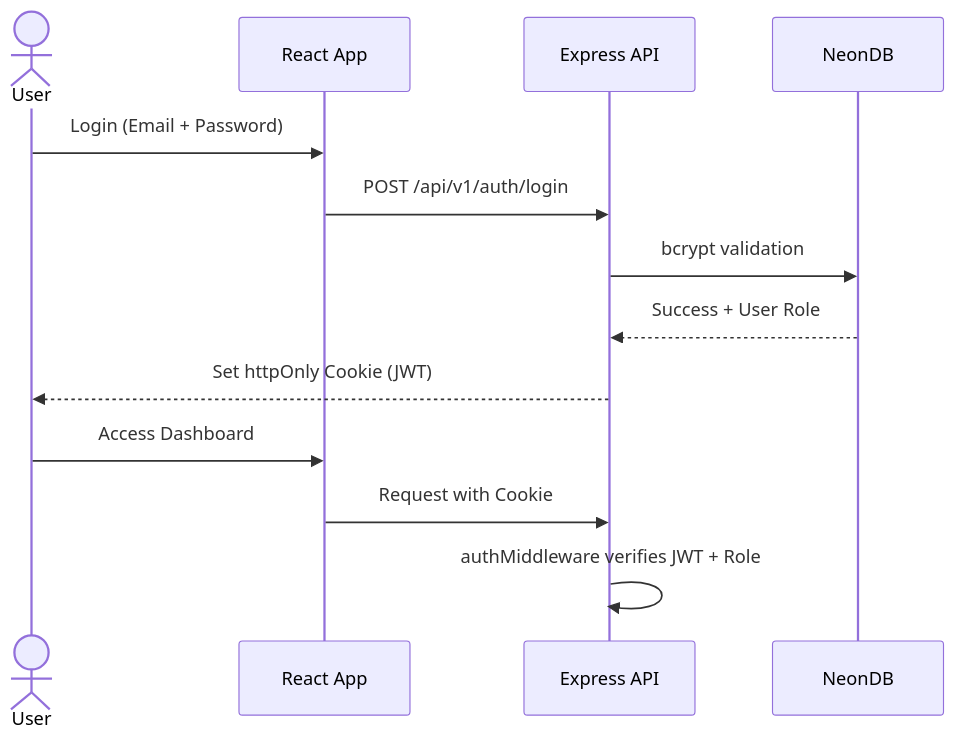
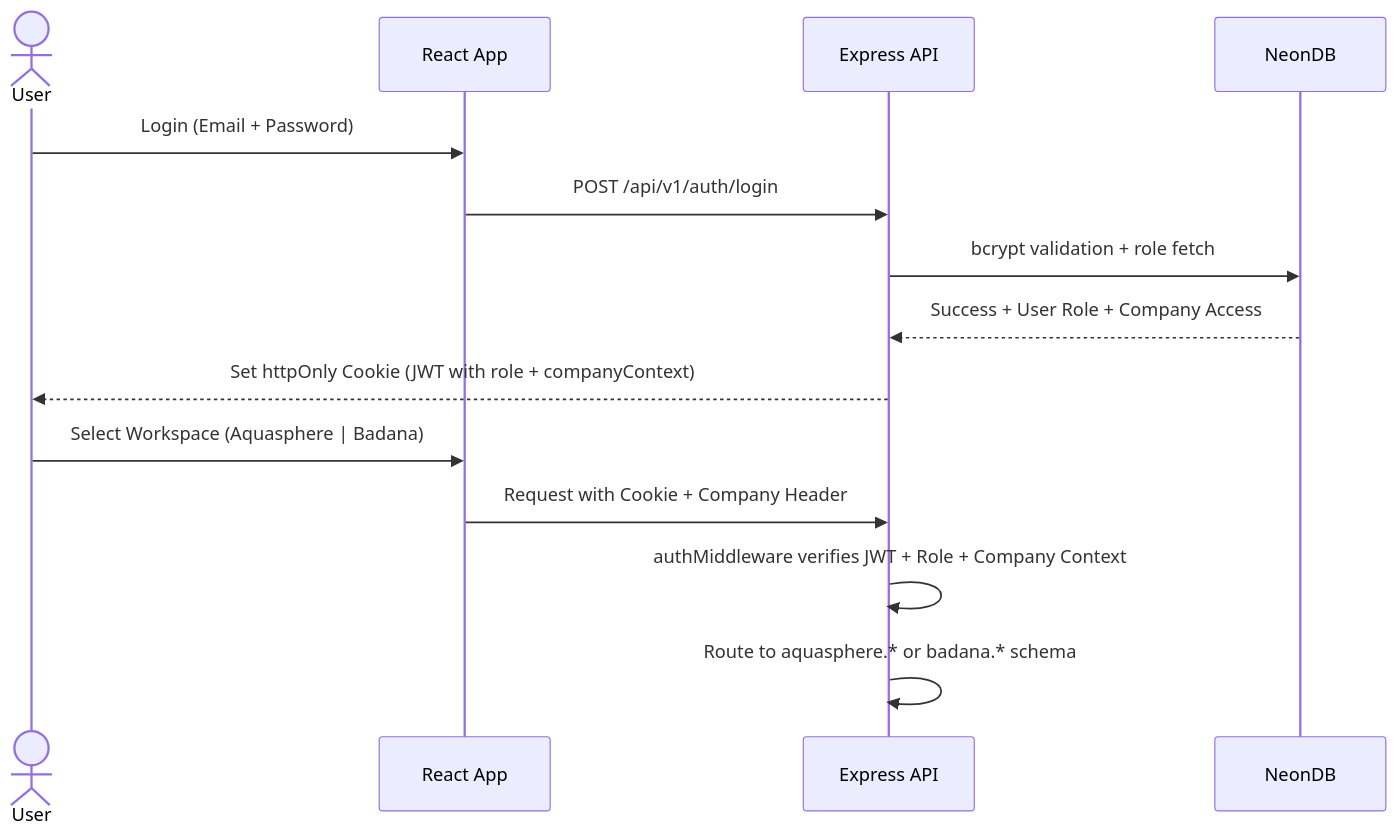
Before and after one commit to ehtisham-hashim/AquaSphere: the fifth of 6 diagrams in context/architecture.md, drawn with Mermaid. The commit also changed other lines of this file and 4 other files, not shown here.

````diff
--- a/context/architecture.md
+++ b/context/architecture.md
@@ -87,16 +245,17 @@
 ```mermaid
 sequenceDiagram
     actor User
     participant UI as React App
     participant API as Express API
     participant DB as NeonDB
-    
+
     User->>UI: Login (Email + Password)
     UI->>API: POST /api/v1/auth/login
-    API->>DB: bcrypt validation
-    DB-->>API: Success + User Role
-    API-->>User: Set httpOnly Cookie (JWT)
-    User->>UI: Access Dashboard
-    UI->>API: Request with Cookie
-    API->>API: authMiddleware verifies JWT + Role
+    API->>DB: bcrypt validation + role fetch
+    DB-->>API: Success + User Role + Company Access
+    API-->>User: Set httpOnly Cookie (JWT with role + companyContext)
+    User->>UI: Select Workspace (Aquasphere | Badana)
+    UI->>API: Request with Cookie + Company Header
+    API->>API: authMiddleware verifies JWT + Role + Company Context
+    API->>API: Route to aquasphere.* or badana.* schema
 ```
````
